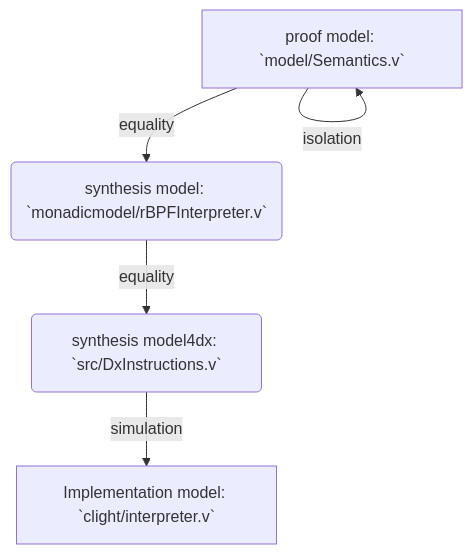
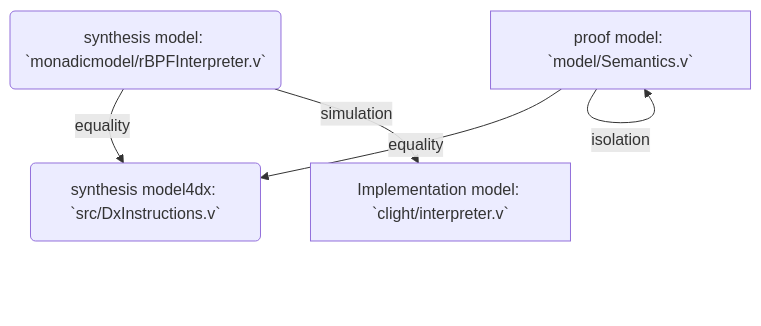
The second of 2 diagrams in README.md (future-proof-iot/CertFC), drawn with Mermaid before and after one commit. The commit also changed other lines of this file, not shown here.

````diff
--- a/README.md
+++ b/README.md
@@ -56,7 +97,7 @@
 ```mermaid
 graph TD;
-    A[proof model: `model/Semantics.v`] -->|equality| B(synthesis model: `monadicmodel/rBPFInterpreter.v`);
-    B -->|equality| C(synthesis model4dx: `src/DxInstructions.v`);
-    C -->|simulation| D[Implementation model: `clight/interpreter.v`];
+    A[proof model: `model/Semantics.v`] -->|equality| C(synthesis model4dx: `src/DxInstructions.v`);
+    B(synthesis model: `monadicmodel/rBPFInterpreter.v`) -->|equality| C;
+    B -->|simulation| D[Implementation model: `clight/interpreter.v`];
     A -->|isolation| A;
 ```
````
